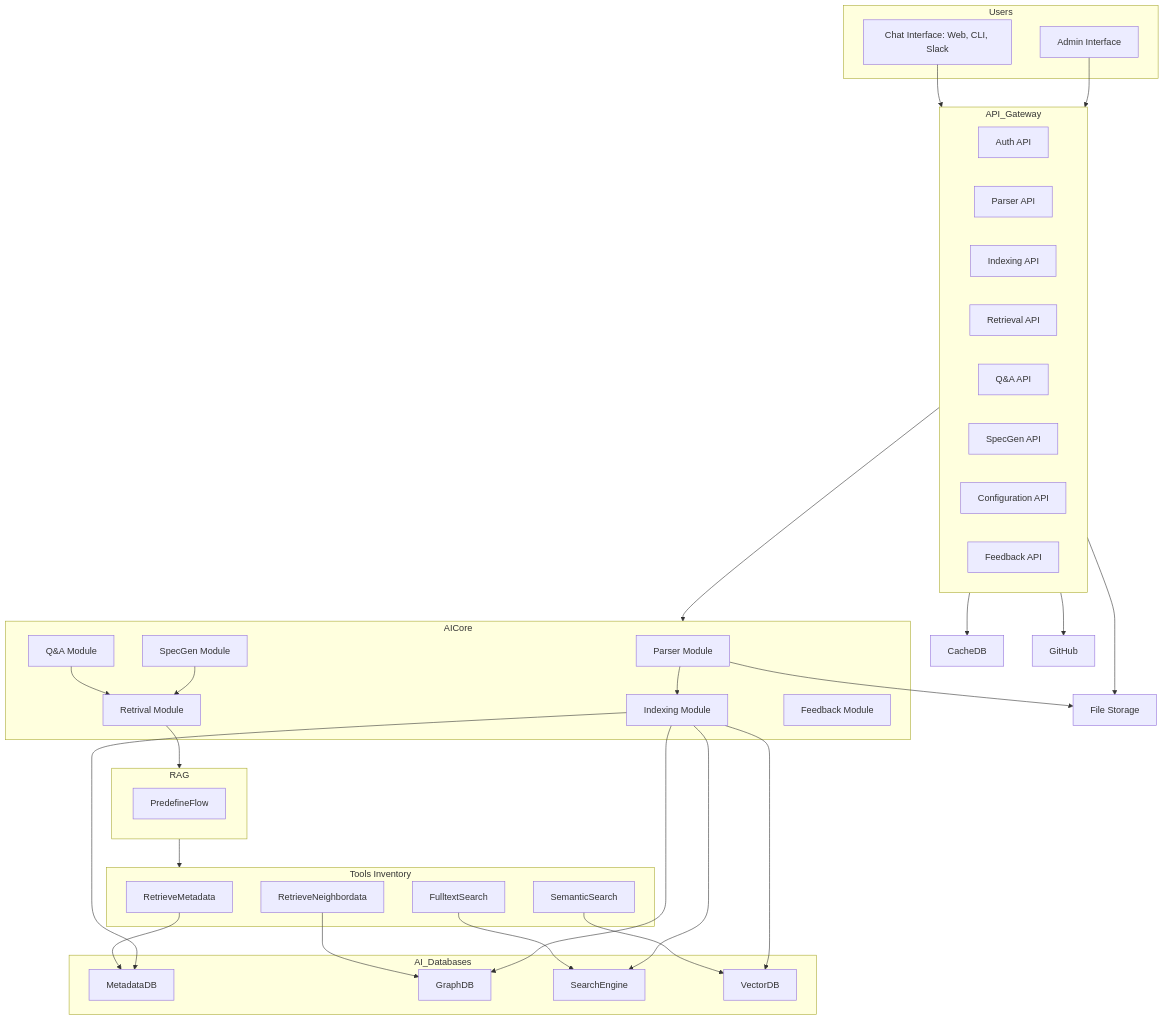
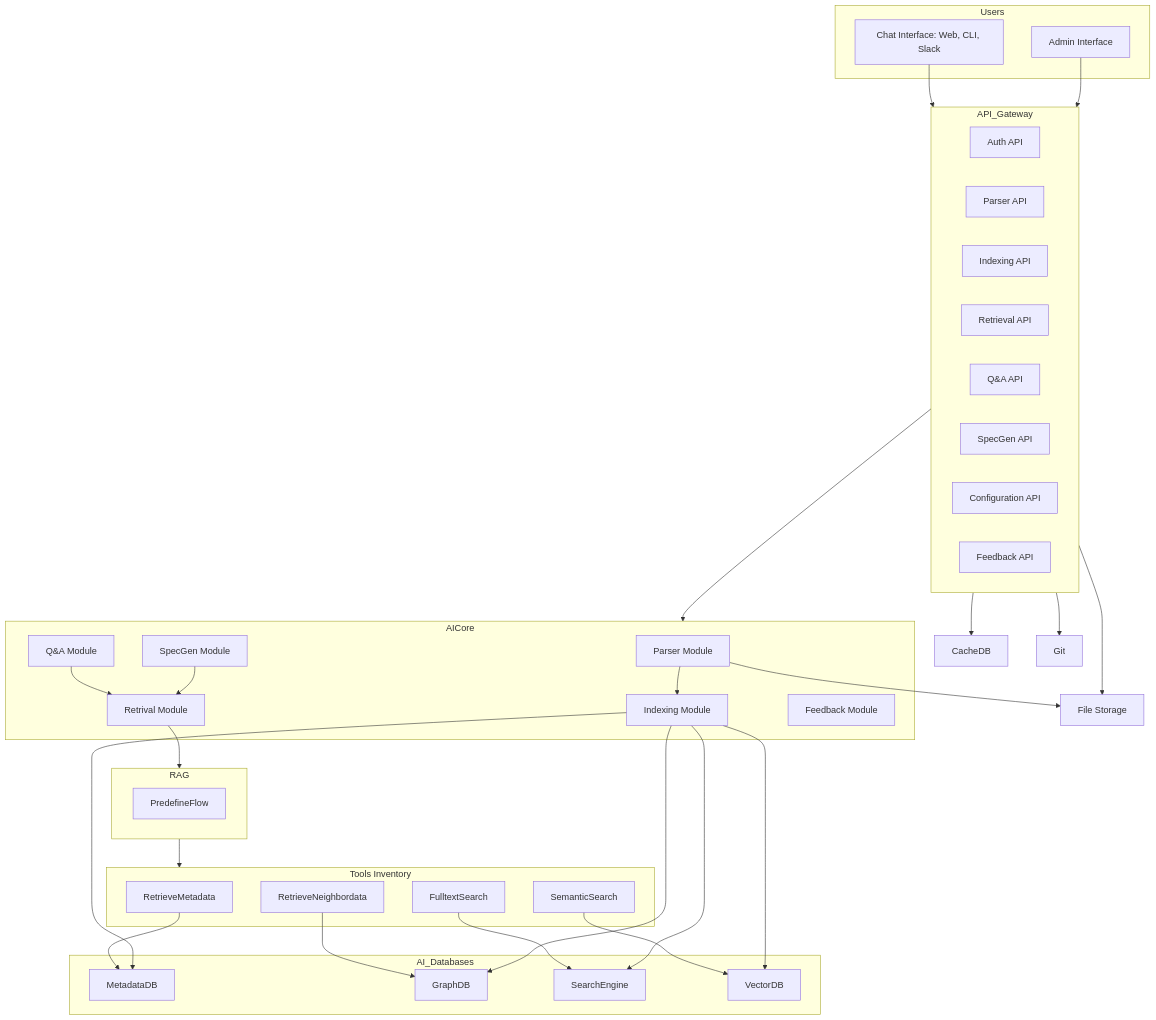
Before and after one commit to anhttmle/anhttmle.github.io: the third of 3 diagrams in _draft/C2B/C4-Design.md, drawn with Mermaid. The commit also changed other lines of this file, not shown here.

````diff
--- a/_draft/C2B/C4-Design.md
+++ b/_draft/C2B/C4-Design.md
@@ -202,74 +202,74 @@
 ```mermaid
 flowchart TD
     subgraph Users
         ChatUI[Chat Interface: Web, CLI, Slack]
         AdminUI[Admin Interface]
     end
 
     ChatUI --> API_Gateway[API Gateway]
     AdminUI --> API_Gateway
 
     subgraph API_Gateway
         AuthAPI[Auth API]
         ParserAPI[Parser API]
         IndexingAPI[Indexing API]
         RetrievalAPI[Retrieval API]
         QAAPI[Q&A API]
         SpecGenAPI[SpecGen API]
         ConfigAPI[Configuration API]
         FeedbackAPI[Feedback API]
     end
 
     subgraph AICore
         Parser[Parser Module]
         Indexing[Indexing Module]
         Retrieval[Retrival Module]
         Q&A[Q&A Module]
         SpecGen[SpecGen Module]
         Feedback[Feedback Module]
     end
 
     subgraph RAG
         PredefineFlow
     end
 
     subgraph AI_Databases
         MetadataDB
         GraphDB
         SearchEngine
         VectorDB
     end
 
     subgraph Tools[Tools Inventory]
         RetrieveMetadata
         RetrieveNeighbordata
         FulltextSearch
         SemanticSearch
 
         RetrieveMetadata --> MetadataDB
         RetrieveNeighbordata --> GraphDB
         FulltextSearch --> SearchEngine
         SemanticSearch --> VectorDB
     end
 
     API_Gateway --> FileStorage[File Storage]
     API_Gateway --> CacheDB
-    API_Gateway --> GitHub
+    API_Gateway --> Git
     API_Gateway --> AICore
 
     Parser --> Indexing
     Parser --> FileStorage
     
     Indexing --> MetadataDB
     Indexing --> GraphDB
     Indexing --> SearchEngine
     Indexing --> VectorDB
 
     Retrieval --> RAG
     RAG --> Tools
     
     Q&A --> Retrieval
     SpecGen --> Retrieval
 
 
 ```
````
